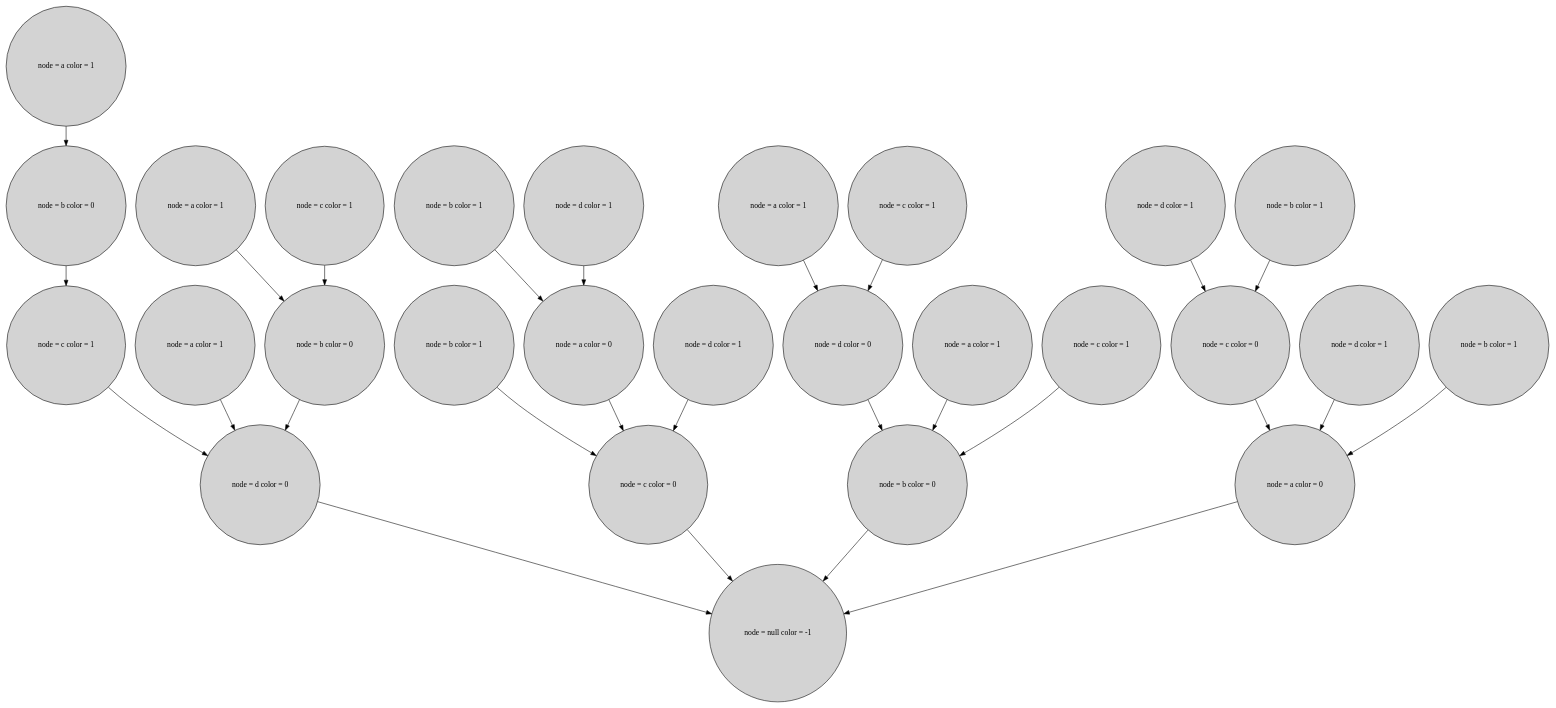
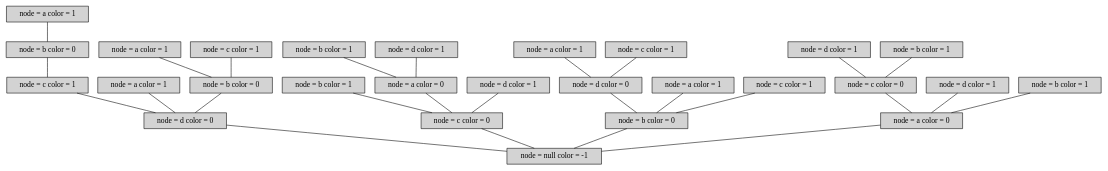
The diagram in tree - c4.dot (zakoo20122/gceda), drawn with Graphviz before and after one commit. The commit also changed 8 other files, not shown here.

```diff
--- a/tree - c4.dot
+++ b/tree - c4.dot
@@ -1,56 +1,56 @@
-digraph G { 
-graph [splines = true] node [height=0.4 shape=circle style=filled]
-Start [ label= " node = null color = -1"] ;
-b03 [ label= " node = b color = 0"] ;
-a14 [ label= " node = a color = 1"] ;
-d01 [ label= " node = d color = 0"] ;
-c12 [ label= " node = c color = 1"] ;
-a111 [ label= " node = a color = 1"] ;
-a112 [ label= " node = a color = 1"] ;
-b09 [ label= " node = b color = 0"] ;
-c110 [ label= " node = c color = 1"] ;
-b115 [ label= " node = b color = 1"] ;
-a016 [ label= " node = a color = 0"] ;
-c013 [ label= " node = c color = 0"] ;
-d114 [ label= " node = d color = 1"] ;
-d020 [ label= " node = d color = 0"] ;
-b019 [ label= " node = b color = 0"] ;
-b118 [ label= " node = b color = 1"] ;
-d117 [ label= " node = d color = 1"] ;
-a124 [ label= " node = a color = 1"] ;
-c123 [ label= " node = c color = 1"] ;
-a122 [ label= " node = a color = 1"] ;
-c121 [ label= " node = c color = 1"] ;
-d128 [ label= " node = d color = 1"] ;
-c027 [ label= " node = c color = 0"] ;
-d126 [ label= " node = d color = 1"] ;
-a025 [ label= " node = a color = 0"] ;
-b130 [ label= " node = b color = 1"] ;
-b129 [ label= " node = b color = 1"] ;
-b03->c12;
-a14->b03;
-d01->Start;
-c12->d01;
-a111->b09;
-a112->d01;
-b09->d01;
-c110->b09;
-b115->c013;
-a016->c013;
-c013->Start;
-d114->c013;
-d020->b019;
-b019->Start;
-b118->a016;
-d117->a016;
-a124->b019;
-c123->b019;
-a122->d020;
-c121->d020;
-d128->c027;
-c027->a025;
-d126->a025;
-a025->Start;
-b130->a025;
-b129->c027;
+graph G { 
+graph [splines = true] node [height=0.4 shape=rectangle style=filled]
+Start [ label= "node = null color = -1"] ;
+b03 [ label= "node = b color = 0"] ;
+a14 [ label= "node = a color = 1"] ;
+d01 [ label= "node = d color = 0"] ;
+c12 [ label= "node = c color = 1"] ;
+a111 [ label= "node = a color = 1"] ;
+a112 [ label= "node = a color = 1"] ;
+b09 [ label= "node = b color = 0"] ;
+c110 [ label= "node = c color = 1"] ;
+b115 [ label= "node = b color = 1"] ;
+a016 [ label= "node = a color = 0"] ;
+c013 [ label= "node = c color = 0"] ;
+d114 [ label= "node = d color = 1"] ;
+d020 [ label= "node = d color = 0"] ;
+b019 [ label= "node = b color = 0"] ;
+b118 [ label= "node = b color = 1"] ;
+d117 [ label= "node = d color = 1"] ;
+a124 [ label= "node = a color = 1"] ;
+c123 [ label= "node = c color = 1"] ;
+a122 [ label= "node = a color = 1"] ;
+c121 [ label= "node = c color = 1"] ;
+d128 [ label= "node = d color = 1"] ;
+c027 [ label= "node = c color = 0"] ;
+d126 [ label= "node = d color = 1"] ;
+a025 [ label= "node = a color = 0"] ;
+b130 [ label= "node = b color = 1"] ;
+b129 [ label= "node = b color = 1"] ;
+b03 -- c12;
+a14 -- b03;
+d01 -- Start;
+c12 -- d01;
+a111 -- b09;
+a112 -- d01;
+b09 -- d01;
+c110 -- b09;
+b115 -- c013;
+a016 -- c013;
+c013 -- Start;
+d114 -- c013;
+d020 -- b019;
+b019 -- Start;
+b118 -- a016;
+d117 -- a016;
+a124 -- b019;
+c123 -- b019;
+a122 -- d020;
+c121 -- d020;
+d128 -- c027;
+c027 -- a025;
+d126 -- a025;
+a025 -- Start;
+b130 -- a025;
+b129 -- c027;
 }
```
